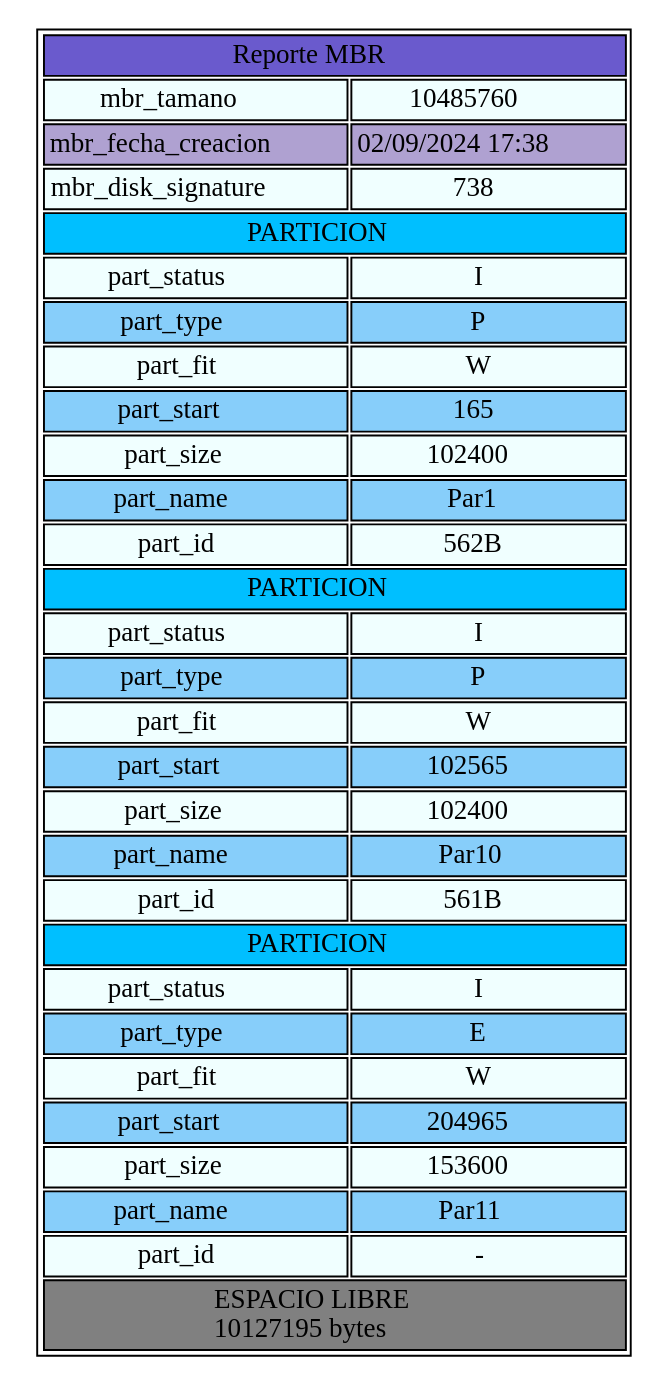
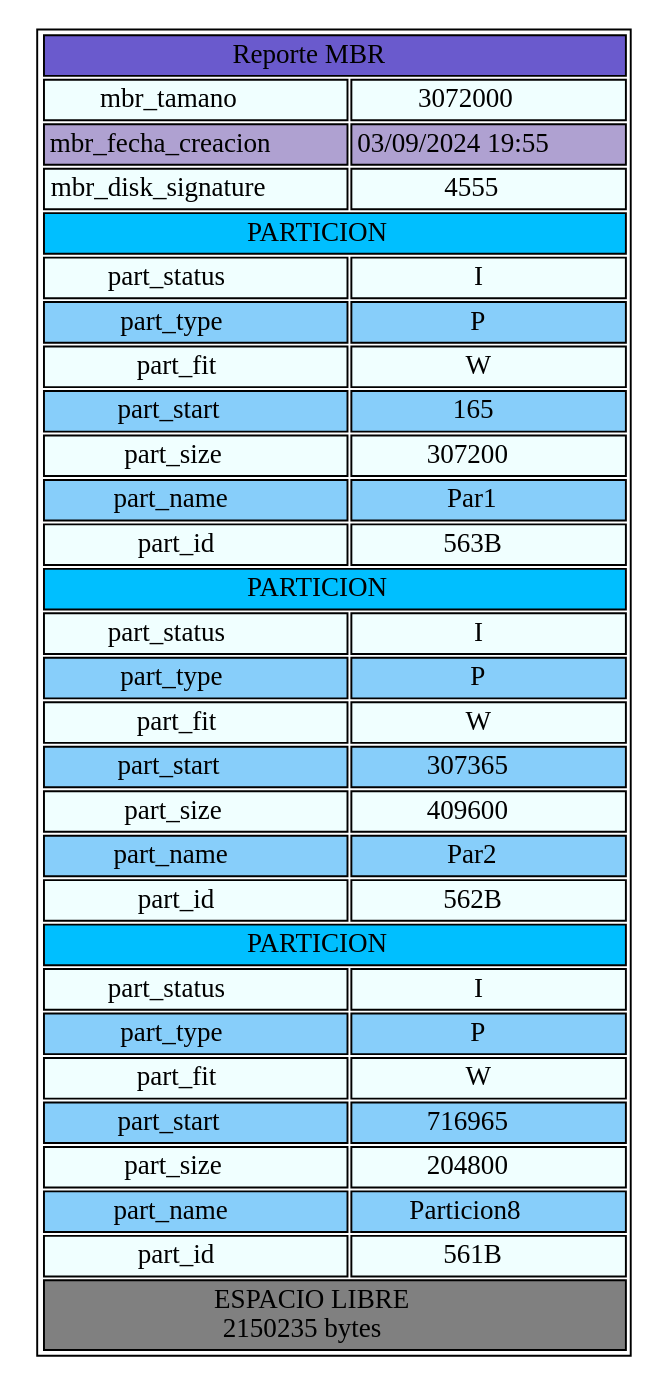
Before and after one commit to KimberlyEstupe/MIA_2S_P1_201513656: the diagram in Resultados/reports/reporte4.dot, drawn with Graphviz. The commit also changed 34 other files, not shown here.

```diff
--- a/Resultados/reports/reporte4.dot
+++ b/Resultados/reports/reporte4.dot
@@ -1,116 +1,116 @@
 digraph { 
 node [ shape=none ] 
 TablaReportNodo [ label = < <table border="1"> 
  <tr>
   <td bgcolor='SlateBlue' COLSPAN="2"> Reporte MBR </td> 
  </tr> 
  <tr>
   <td bgcolor='Azure'> mbr_tamano </td> 
-  <td bgcolor='Azure'> 10485760 </td> 
+  <td bgcolor='Azure'> 3072000 </td> 
  </tr> 
  <tr>
   <td bgcolor='#AFA1D1'> mbr_fecha_creacion </td> 
-  <td bgcolor='#AFA1D1'> 02/09/2024 17:38 </td> 
+  <td bgcolor='#AFA1D1'> 03/09/2024 19:55 </td> 
  </tr> 
  <tr>
   <td bgcolor='Azure'> mbr_disk_signature </td> 
-  <td bgcolor='Azure'> 738 </td> 
+  <td bgcolor='Azure'> 4555 </td> 
  </tr>  
  <tr>
   <td bgcolor='DeepSkyBlue' COLSPAN="2"> PARTICION </td> 
  </tr> 
  <tr>
   <td bgcolor='Azure'> part_status </td> 
   <td bgcolor='Azure'> I </td> 
  </tr> 
  <tr>
   <td bgcolor='LightSkyBlue'> part_type </td> 
   <td bgcolor='LightSkyBlue'> P </td> 
  </tr> 
  <tr>
   <td bgcolor='Azure'> part_fit </td> 
   <td bgcolor='Azure'> W </td> 
  </tr> 
  <tr>
   <td bgcolor='LightSkyBlue'> part_start </td> 
   <td bgcolor='LightSkyBlue'> 165 </td> 
  </tr> 
  <tr>
   <td bgcolor='Azure'> part_size </td> 
-  <td bgcolor='Azure'> 102400 </td> 
+  <td bgcolor='Azure'> 307200 </td> 
  </tr> 
  <tr>
   <td bgcolor='LightSkyBlue'> part_name </td> 
   <td bgcolor='LightSkyBlue'> Par1 </td> 
+ </tr> 
+ <tr>
+  <td bgcolor='Azure'> part_id </td> 
+  <td bgcolor='Azure'> 563B </td> 
+ </tr> 
+ <tr>
+  <td bgcolor='DeepSkyBlue' COLSPAN="2"> PARTICION </td> 
+ </tr> 
+ <tr>
+  <td bgcolor='Azure'> part_status </td> 
+  <td bgcolor='Azure'> I </td> 
+ </tr> 
+ <tr>
+  <td bgcolor='LightSkyBlue'> part_type </td> 
+  <td bgcolor='LightSkyBlue'> P </td> 
+ </tr> 
+ <tr>
+  <td bgcolor='Azure'> part_fit </td> 
+  <td bgcolor='Azure'> W </td> 
+ </tr> 
+ <tr>
+  <td bgcolor='LightSkyBlue'> part_start </td> 
+  <td bgcolor='LightSkyBlue'> 307365 </td> 
+ </tr> 
+ <tr>
+  <td bgcolor='Azure'> part_size </td> 
+  <td bgcolor='Azure'> 409600 </td> 
+ </tr> 
+ <tr>
+  <td bgcolor='LightSkyBlue'> part_name </td> 
+  <td bgcolor='LightSkyBlue'> Par2 </td> 
  </tr> 
  <tr>
   <td bgcolor='Azure'> part_id </td> 
   <td bgcolor='Azure'> 562B </td> 
  </tr> 
  <tr>
   <td bgcolor='DeepSkyBlue' COLSPAN="2"> PARTICION </td> 
  </tr> 
  <tr>
   <td bgcolor='Azure'> part_status </td> 
   <td bgcolor='Azure'> I </td> 
  </tr> 
  <tr>
   <td bgcolor='LightSkyBlue'> part_type </td> 
   <td bgcolor='LightSkyBlue'> P </td> 
  </tr> 
  <tr>
   <td bgcolor='Azure'> part_fit </td> 
   <td bgcolor='Azure'> W </td> 
  </tr> 
  <tr>
   <td bgcolor='LightSkyBlue'> part_start </td> 
-  <td bgcolor='LightSkyBlue'> 102565 </td> 
+  <td bgcolor='LightSkyBlue'> 716965 </td> 
  </tr> 
  <tr>
   <td bgcolor='Azure'> part_size </td> 
-  <td bgcolor='Azure'> 102400 </td> 
+  <td bgcolor='Azure'> 204800 </td> 
  </tr> 
  <tr>
   <td bgcolor='LightSkyBlue'> part_name </td> 
-  <td bgcolor='LightSkyBlue'> Par10 </td> 
+  <td bgcolor='LightSkyBlue'> Particion8 </td> 
  </tr> 
  <tr>
   <td bgcolor='Azure'> part_id </td> 
   <td bgcolor='Azure'> 561B </td> 
  </tr> 
  <tr>
-  <td bgcolor='DeepSkyBlue' COLSPAN="2"> PARTICION </td> 
- </tr> 
- <tr>
-  <td bgcolor='Azure'> part_status </td> 
-  <td bgcolor='Azure'> I </td> 
- </tr> 
- <tr>
-  <td bgcolor='LightSkyBlue'> part_type </td> 
-  <td bgcolor='LightSkyBlue'> E </td> 
- </tr> 
- <tr>
-  <td bgcolor='Azure'> part_fit </td> 
-  <td bgcolor='Azure'> W </td> 
- </tr> 
- <tr>
-  <td bgcolor='LightSkyBlue'> part_start </td> 
-  <td bgcolor='LightSkyBlue'> 204965 </td> 
- </tr> 
- <tr>
-  <td bgcolor='Azure'> part_size </td> 
-  <td bgcolor='Azure'> 153600 </td> 
- </tr> 
- <tr>
-  <td bgcolor='LightSkyBlue'> part_name </td> 
-  <td bgcolor='LightSkyBlue'> Par11 </td> 
- </tr> 
- <tr>
-  <td bgcolor='Azure'> part_id </td> 
-  <td bgcolor='Azure'> - </td> 
- </tr> 
- <tr>
-  <td bgcolor='#808080' COLSPAN="2"> ESPACIO LIBRE <br/> 10127195 bytes </td> 
+  <td bgcolor='#808080' COLSPAN="2"> ESPACIO LIBRE <br/> 2150235 bytes </td> 
  </tr> 
 </table> > ]
 }
```
